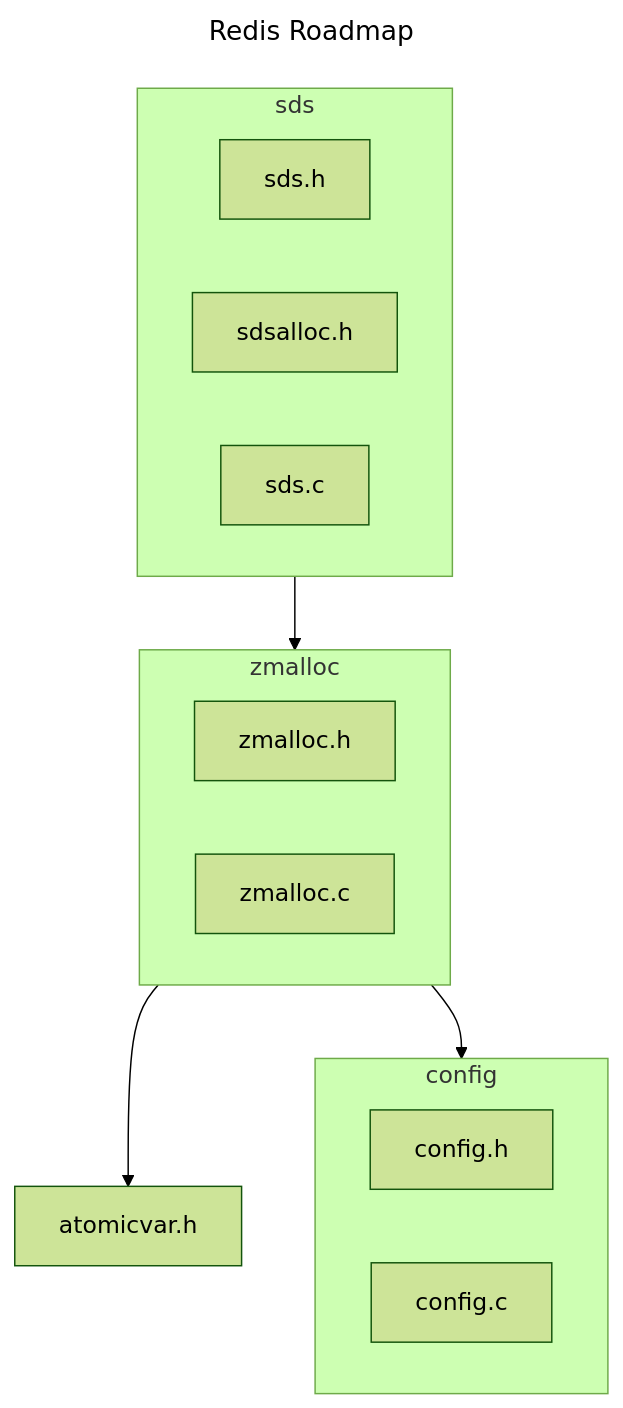
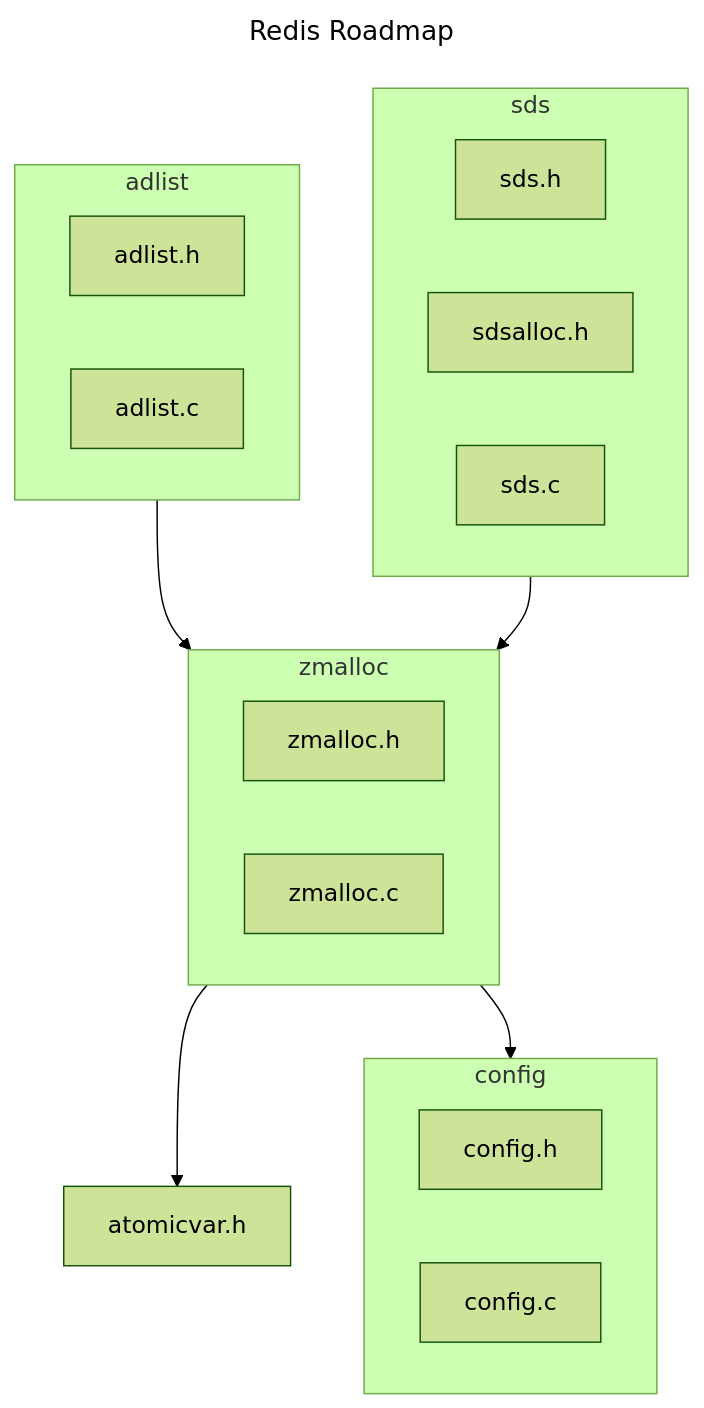
Before and after one commit to artorias-gh/Redis.CR: the diagram in README.md, drawn with Mermaid (forest theme).

Commit message:
update roadmap

````diff
--- a/README.md
+++ b/README.md
@@ -3,42 +3,52 @@
 ```mermaid
 ---
 title: Redis Roadmap
 ---
 flowchart TD
     subgraph sds ["sds"]
         direction LR
         sds_h["sds.h"]
         sdsalloc_h["sdsalloc.h"]
         sds_c["sds.c"]
+    end
+
+    subgraph adlist ["adlist"]
+        direction LR
+        adlist_h["adlist.h"]
+        adlist_c["adlist.c"]
     end
 
     subgraph zmalloc ["zmalloc"]
         direction LR
         zmalloc_h["zmalloc.h"]
         zmalloc_c["zmalloc.c"]
     end
 
     subgraph config ["config"]
         direction LR
         config_h["config.h"]
         config_c["config.c"]
     end
 
     atomicvar_h["atomicvar.h"]
 
     sdsalloc_h --> zmalloc
+    adlist_c --> zmalloc
     zmalloc_c --> atomicvar_h
     zmalloc_c --> config
 
     click sds_h href "https://github.com/redis/redis/blob/6.2.14/src/sds.h" _blank
     click sds_c href "https://github.com/redis/redis/blob/6.2.14/src/sds.c" _blank
     click sdsalloc_h href "https://github.com/redis/redis/blob/6.2.14/src/sdsalloc.h" _blank
+
+    click adlist_h href "https://github.com/redis/redis/blob/6.2.14/src/adlist.h" _blank
+    click adlist_c href "https://github.com/redis/redis/blob/6.2.14/src/adlist.c" _blank
     
     click zmalloc_h "https://github.com/redis/redis/blob/6.2.14/src/zmalloc.h" _blank
     click zmalloc_c "https://github.com/redis/redis/blob/6.2.14/src/zmalloc.c" _blank
 
     click config_h "https://github.com/redis/redis/blob/6.2.14/src/config.h" _blank
     click config_c "https://github.com/redis/redis/blob/6.2.14/src/config.c" _blank
 
     click atomicvar_h "https://github.com/redis/redis/blob/6.2.14/src/atomicvar.h" _blank
 ```
````
